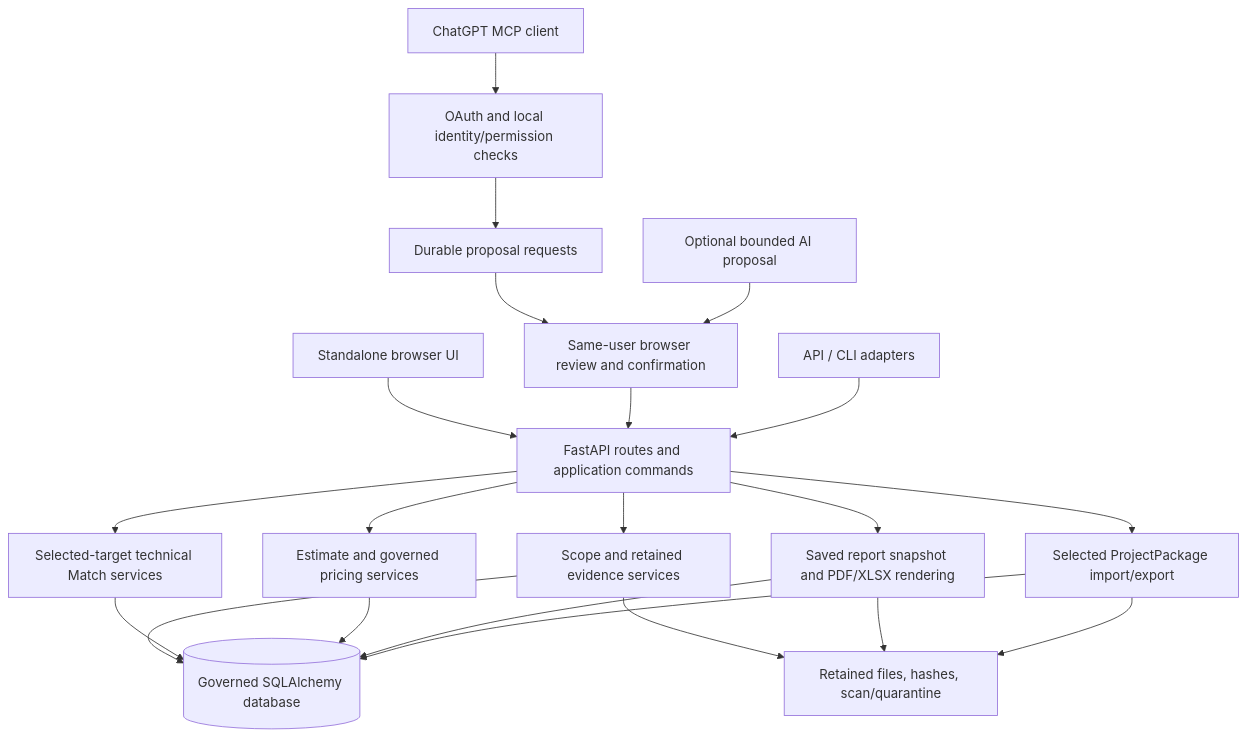
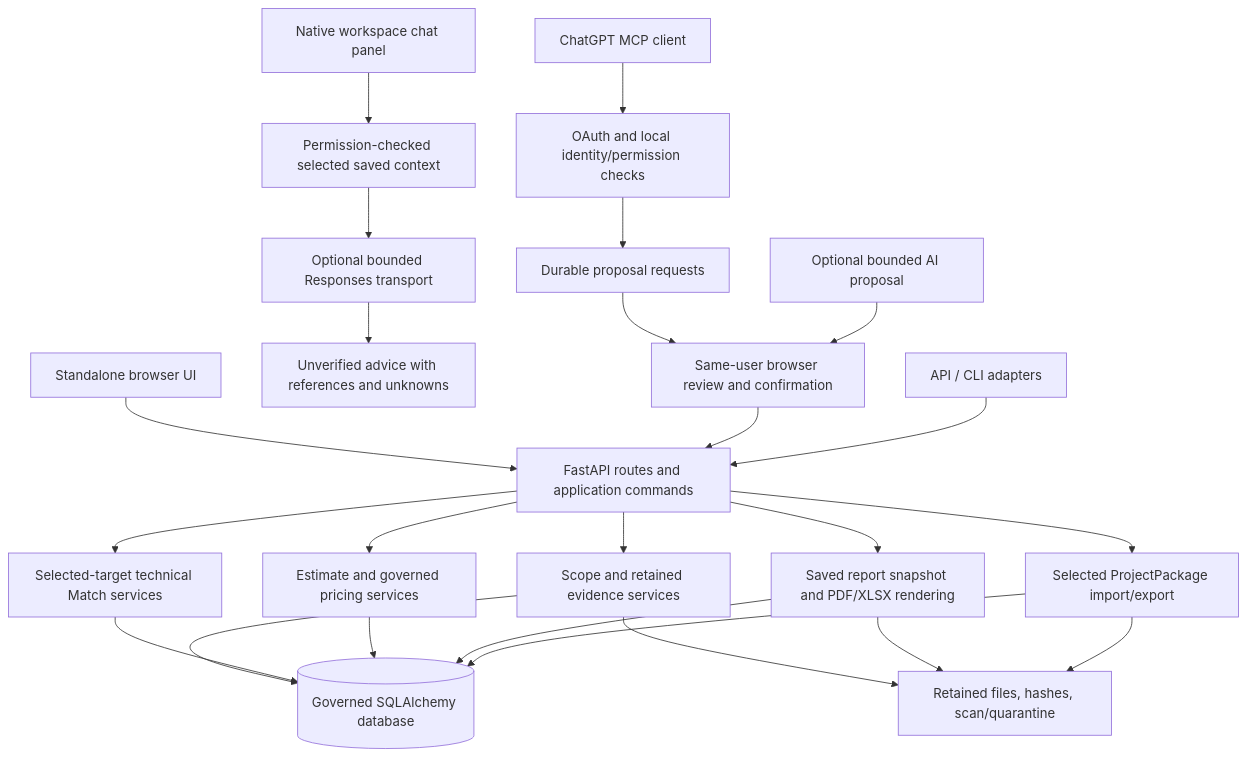
One commit to Slayde91/classifire changed the diagram in docs/CLASSIFIRE_ARCHITECTURE.md. Above: the diagram before and after it, drawn with Mermaid. The commit also changed other lines of this file and 5 other files, not shown here.

Commit message:
docs: align native chat report upload and page interaction design

````diff
--- a/docs/CLASSIFIRE_ARCHITECTURE.md
+++ b/docs/CLASSIFIRE_ARCHITECTURE.md
@@ -28,23 +29,26 @@
 ```mermaid
 flowchart TD
   UI[Standalone browser UI] --> APP[FastAPI routes and application commands]
+  PANEL[Native workspace chat panel] --> READ[Permission-checked selected saved context]
+  READ --> PORT[Optional bounded Responses transport]
+  PORT --> ADVICE[Unverified advice with references and unknowns]
   CHAT[ChatGPT MCP client] --> AUTH[OAuth and local identity/permission checks]
   AUTH --> PROPOSE[Durable proposal requests]
   PROPOSE --> HUMAN[Same-user browser review and confirmation]
   HUMAN --> APP
   API[API / CLI adapters] --> APP
   APP --> SCOPE[Scope and retained evidence services]
   APP --> MATCH[Selected-target technical Match services]
   APP --> EST[Estimate and governed pricing services]
   APP --> REPORT[Saved report snapshot and PDF/XLSX rendering]
   APP --> PACK[Selected ProjectPackage import/export]
   SCOPE --> DB[(Governed SQLAlchemy database)]
   MATCH --> DB
   EST --> DB
   REPORT --> DB
   PACK --> DB
   SCOPE --> STORE[Retained files, hashes, scan/quarantine]
   REPORT --> STORE
   PACK --> STORE
   AI[Optional bounded AI proposal] --> HUMAN
 ```
````
